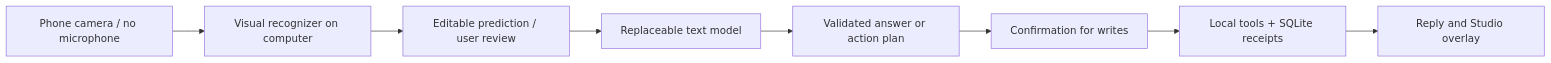
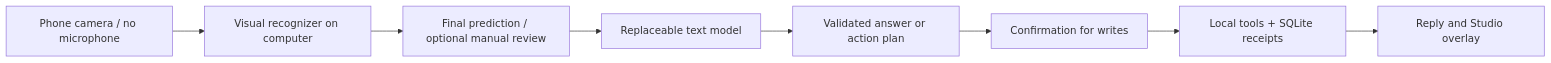
Before and after one commit to mahmoudomarus/lipreading-: the diagram in README.md, drawn with Mermaid. The commit also changed other lines of this file and 15 other files, not shown here.

Commit message:
Make finalized lip predictions flow into live agent replies

````diff
--- a/README.md
+++ b/README.md
@@ -43,10 +43,10 @@
 ```mermaid
 flowchart LR
     Camera[Phone camera / no microphone] --> Reader[Visual recognizer on computer]
-    Reader --> Review[Editable prediction / user review]
+    Reader --> Review[Final prediction / optional manual review]
     Review --> Model[Replaceable text model]
     Model --> Plan[Validated answer or action plan]
     Plan --> Confirm[Confirmation for writes]
     Confirm --> Tools[Local tools + SQLite receipts]
     Tools --> UI[Reply and Studio overlay]
 ```
````
